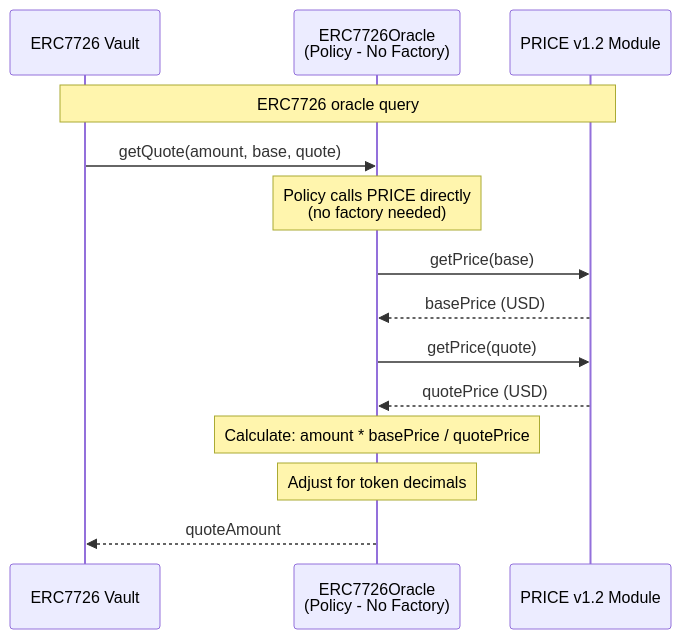
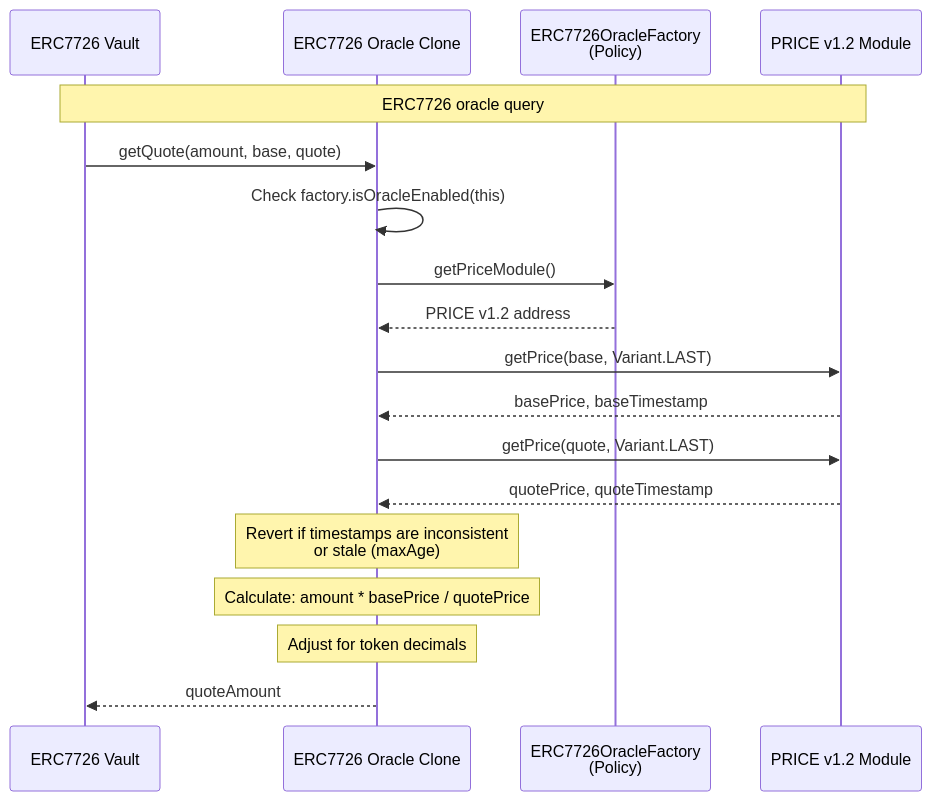
Before and after one commit to OlympusDAO/olympus-v3: the seventh of 7 diagrams in audit/2026-03_price-feed-improvements/README.md, drawn with Mermaid. The commit also changed other lines of this file and 3 other files, not shown here.

````diff
--- a/audit/2026-03_price-feed-improvements/README.md
+++ b/audit/2026-03_price-feed-improvements/README.md
@@ -419,20 +422,25 @@
 ```mermaid
 sequenceDiagram
   participant Vault as ERC7726 Vault
-  participant Oracle as ERC7726Oracle<br/>(Policy - No Factory)
+  participant Oracle as ERC7726 Oracle Clone
+  participant Factory as ERC7726OracleFactory<br/>(Policy)
   participant PRICE as PRICE v1.2 Module
 
   Note over Vault,PRICE: ERC7726 oracle query
 
   Vault->>Oracle: getQuote(amount, base, quote)
-  Note over Oracle: Policy calls PRICE directly<br/>(no factory needed)
-  Oracle->>PRICE: getPrice(base)
-  PRICE-->>Oracle: basePrice (USD)
+  Oracle->>Oracle: Check factory.isOracleEnabled(this)
+  Oracle->>Factory: getPriceModule()
+  Factory-->>Oracle: PRICE v1.2 address
 
-  Oracle->>PRICE: getPrice(quote)
-  PRICE-->>Oracle: quotePrice (USD)
+  Oracle->>PRICE: getPrice(base, Variant.LAST)
+  PRICE-->>Oracle: basePrice, baseTimestamp
 
+  Oracle->>PRICE: getPrice(quote, Variant.LAST)
+  PRICE-->>Oracle: quotePrice, quoteTimestamp
+
+  Note over Oracle: Revert if timestamps are inconsistent<br/>or stale (maxAge)
   Note over Oracle: Calculate: amount * basePrice / quotePrice
   Note over Oracle: Adjust for token decimals
   Oracle-->>Vault: quoteAmount
 ```
````
